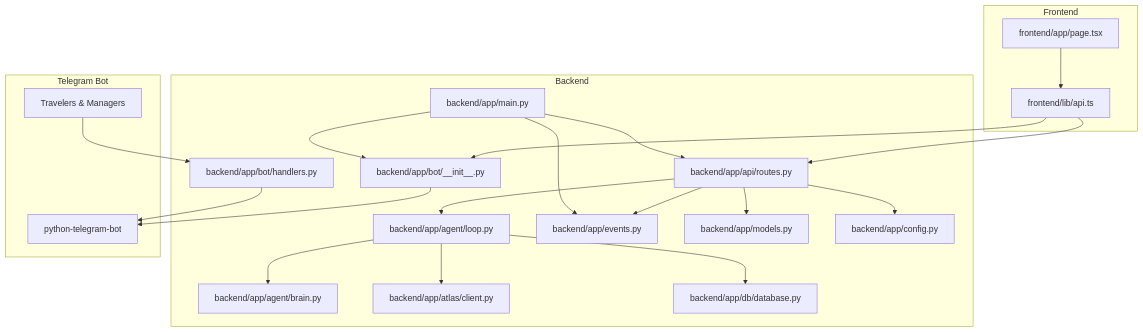
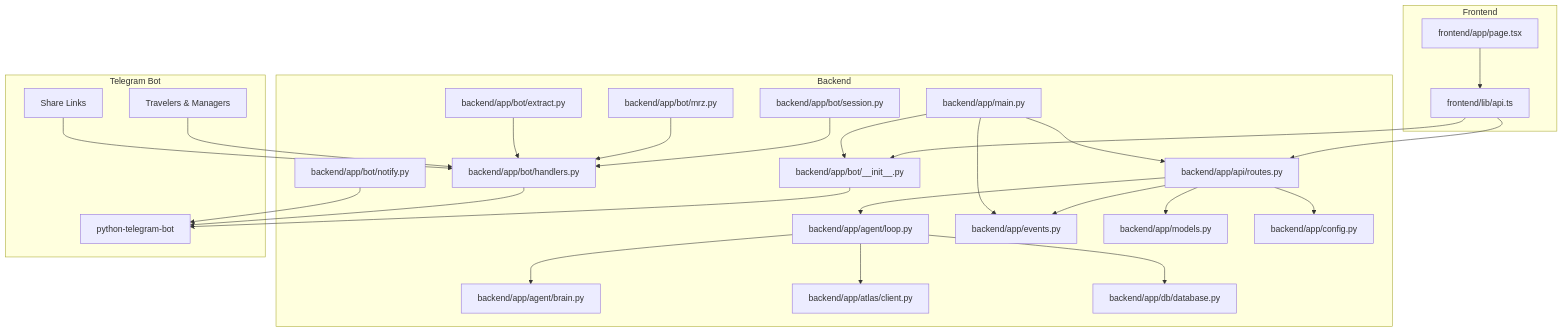
One commit to jaydonnnk/waypoint changed the first of 12 diagrams in .qoder/repowiki/en/content/Program Design/Waybot Overview.md. Above: the diagram before and after it, drawn with Mermaid. The commit also changed other lines of this file and 9 other files, not shown here.

````diff
--- a/.qoder/repowiki/en/content/Program Design/Waybot Overview.md
+++ b/.qoder/repowiki/en/content/Program Design/Waybot Overview.md
@@ -60,40 +66,50 @@
 ```mermaid
 graph TB
 subgraph "Frontend"
 FE_PAGE["frontend/app/page.tsx"]
 FE_API["frontend/lib/api.ts"]
 end
 subgraph "Backend"
 MAIN["backend/app/main.py"]
 ROUTES["backend/app/api/routes.py"]
 LOOP["backend/app/agent/loop.py"]
 BRAIN["backend/app/agent/brain.py"]
 ATLAS["backend/app/atlas/client.py"]
 DB_INIT["backend/app/db/database.py"]
 EVENTS["backend/app/events.py"]
 MODELS["backend/app/models.py"]
 CONFIG["backend/app/config.py"]
 BOT_INIT["backend/app/bot/__init__.py"]
 BOT_HANDLERS["backend/app/bot/handlers.py"]
+BOT_NOTIFY["backend/app/bot/notify.py"]
+BOT_SESSION["backend/app/bot/session.py"]
+BOT_MNZ["backend/app/bot/mrz.py"]
+BOT_EXTRACT["backend/app/bot/extract.py"]
 end
 subgraph "Telegram Bot"
 TG_CLIENT["python-telegram-bot"]
 TG_USERS["Travelers & Managers"]
+TG_SHARE["Share Links"]
 end
 FE_PAGE --> FE_API
 FE_API --> ROUTES
 FE_API --> BOT_INIT
 MAIN --> ROUTES
 MAIN --> BOT_INIT
 ROUTES --> LOOP
 LOOP --> BRAIN
 LOOP --> ATLAS
 LOOP --> DB_INIT
 ROUTES --> EVENTS
 ROUTES --> MODELS
 MAIN --> EVENTS
 ROUTES --> CONFIG
 BOT_INIT --> TG_CLIENT
 BOT_HANDLERS --> TG_CLIENT
+BOT_NOTIFY --> TG_CLIENT
+BOT_SESSION --> BOT_HANDLERS
+BOT_MNZ --> BOT_HANDLERS
+BOT_EXTRACT --> BOT_HANDLERS
 TG_USERS --> BOT_HANDLERS
+TG_SHARE --> BOT_HANDLERS
 ```
````
